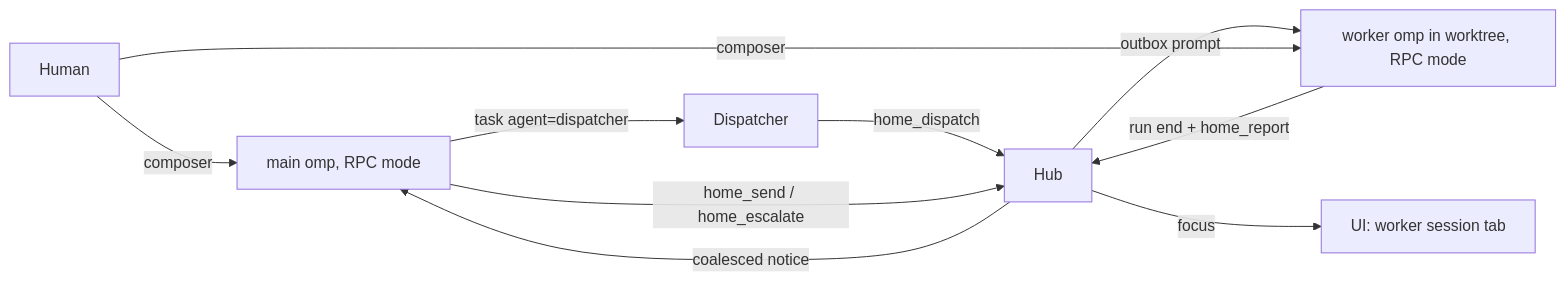
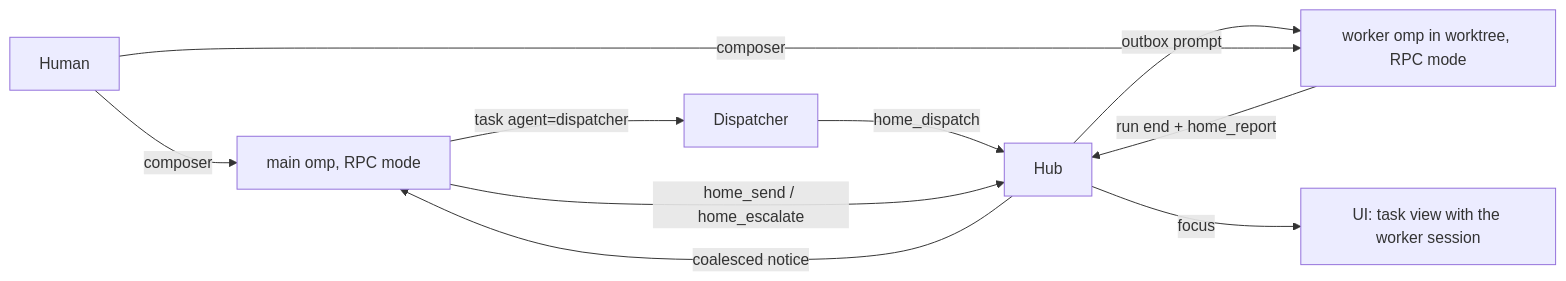
One commit to xianxianxianyu/omp-home changed the diagram in docs/ARCHITECTURE.md. Above: the diagram before and after it, drawn with Mermaid. The commit also changed 47 other files, not shown here.

Commit message:
Resident left, transient right: Now view with attention and live task progress, pushed task view, history, settings sheet; Developer ID notarized releases; v0.1.1

````diff
--- a/docs/ARCHITECTURE.md
+++ b/docs/ARCHITECTURE.md
@@ -5,12 +5,12 @@
 ```mermaid
 flowchart LR
   Human -->|composer| Main[main omp, RPC mode]
   Main -- task agent=dispatcher --> Dispatcher
   Dispatcher -- home_dispatch --> Hub
   Hub -- outbox prompt --> Worker[worker omp in worktree, RPC mode]
   Worker -- run end + home_report --> Hub
   Hub -- coalesced notice --> Main
   Main -- home_send / home_escalate --> Hub
-  Hub -- focus --> UI[UI: worker session tab]
+  Hub -- focus --> UI[UI: task view with the worker session]
   Human -->|composer| Worker
 ```
````
